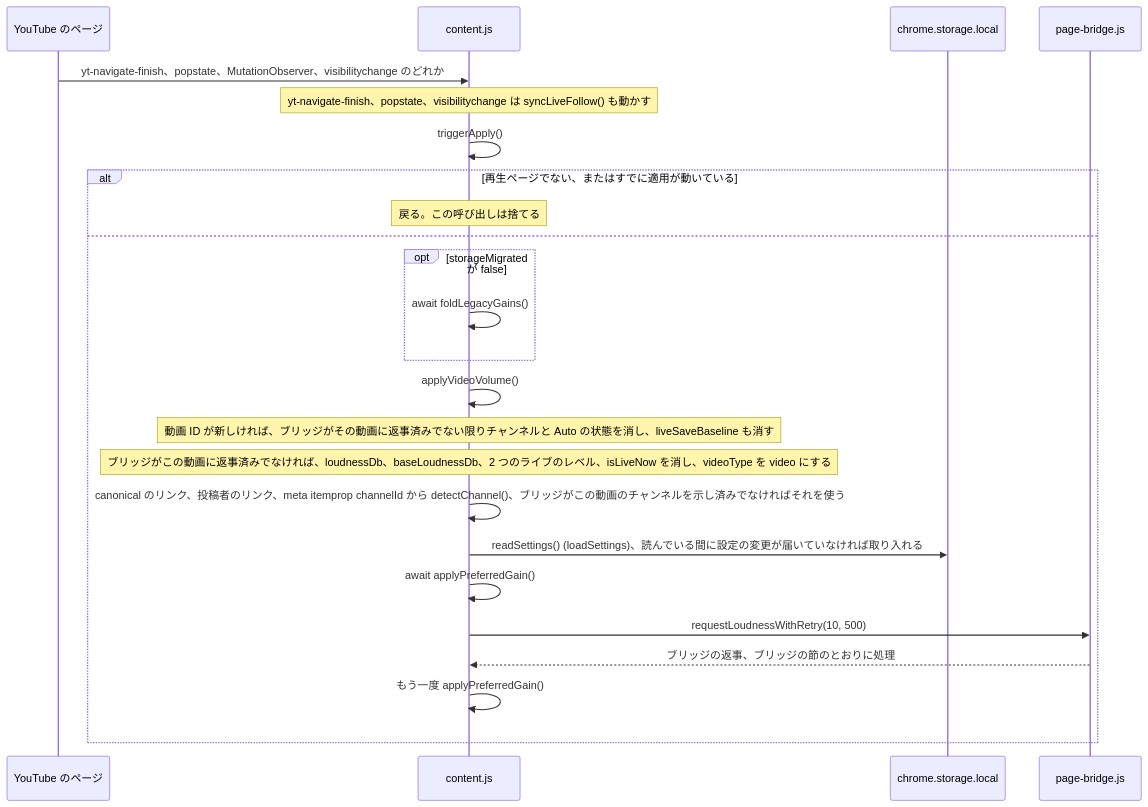
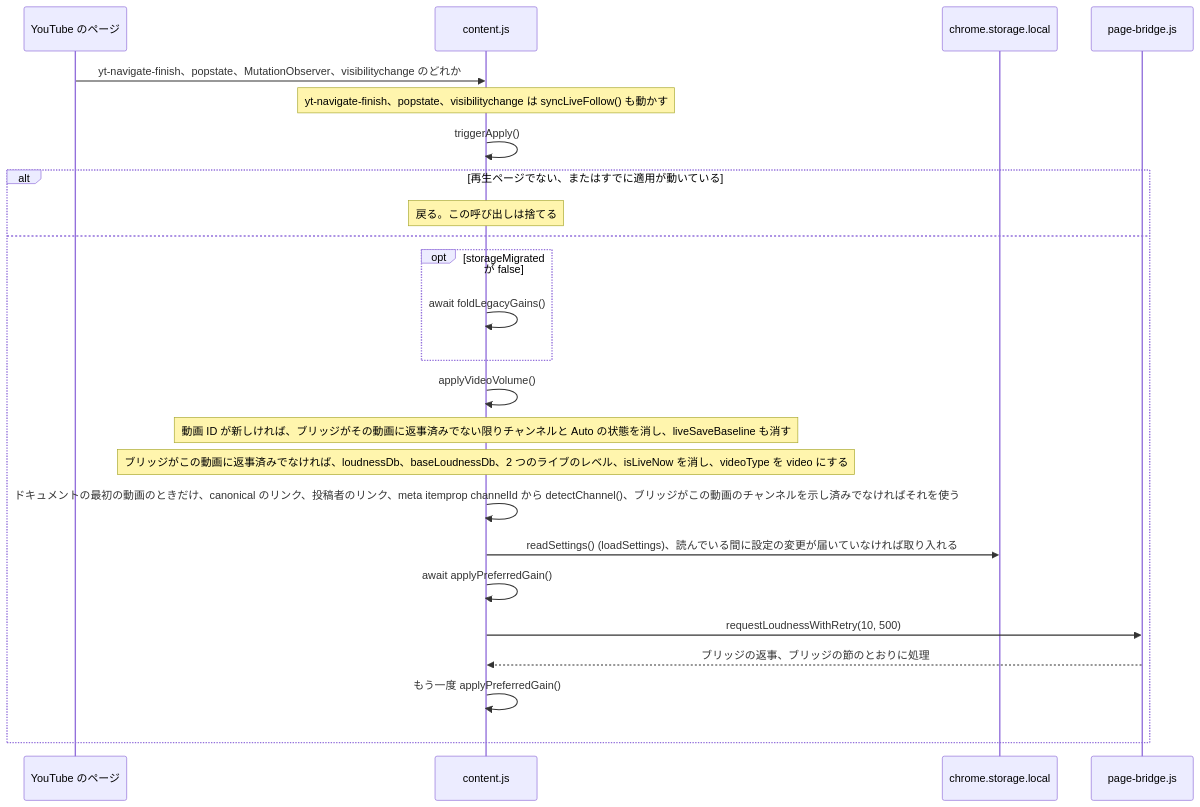
The tenth of 14 diagrams in docs/gain-change-and-save.ja.md (semnil/yt-channel-volume), drawn with Mermaid before and after one commit. The commit also changed other lines of this file and 5 other files, not shown here.

````diff
--- a/docs/gain-change-and-save.ja.md
+++ b/docs/gain-change-and-save.ja.md
@@ -508,26 +508,26 @@
 ```mermaid
 sequenceDiagram
   participant Y as YouTube のページ
   participant C as content.js
   participant S as chrome.storage.local
   participant B as page-bridge.js
   Y->>C: yt-navigate-finish、popstate、MutationObserver、visibilitychange のどれか
   Note over C: yt-navigate-finish、popstate、visibilitychange は syncLiveFollow() も動かす
   C->>C: triggerApply()
   alt 再生ページでない、またはすでに適用が動いている
     Note over C: 戻る。この呼び出しは捨てる
   else
     opt storageMigrated が false
       C->>C: await foldLegacyGains()
     end
     C->>C: applyVideoVolume()
     Note over C: 動画 ID が新しければ、ブリッジがその動画に返事済みでない限りチャンネルと Auto の状態を消し、liveSaveBaseline も消す
     Note over C: ブリッジがこの動画に返事済みでなければ、loudnessDb、baseLoudnessDb、2 つのライブのレベル、isLiveNow を消し、videoType を video にする
-    C->>C: canonical のリンク、投稿者のリンク、meta itemprop channelId から detectChannel()、ブリッジがこの動画のチャンネルを示し済みでなければそれを使う
+    C->>C: ドキュメントの最初の動画のときだけ、canonical のリンク、投稿者のリンク、meta itemprop channelId から detectChannel()、ブリッジがこの動画のチャンネルを示し済みでなければそれを使う
     C->>S: readSettings() (loadSettings)、読んでいる間に設定の変更が届いていなければ取り入れる
     C->>C: await applyPreferredGain()
     C->>B: requestLoudnessWithRetry(10, 500)
     B-->>C: ブリッジの返事、ブリッジの節のとおりに処理
     C->>C: もう一度 applyPreferredGain()
   end
 ```
````
